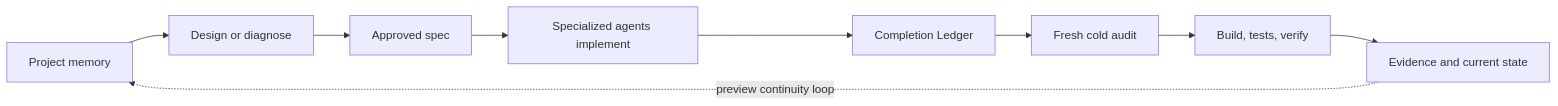
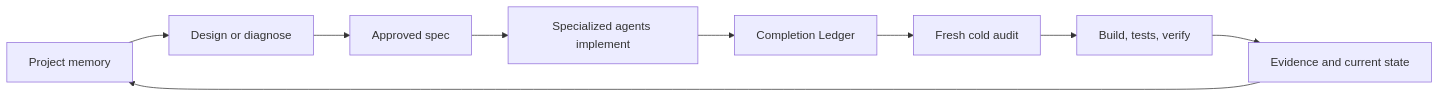
The diagram in web/docs/src/concepts/core-loop.md (hero-engine/hero), drawn with Mermaid before and after one commit. The commit also changed other lines of this file and 22 other files, not shown here.

````diff
--- a/web/docs/src/concepts/core-loop.md
+++ b/web/docs/src/concepts/core-loop.md
@@ -9,11 +9,11 @@
 ```mermaid
 flowchart LR
     M[Project memory] --> D[Design or diagnose]
     D --> S[Approved spec]
     S --> I[Specialized agents implement]
     I --> L[Completion Ledger]
     L --> A[Fresh cold audit]
     A --> V[Build, tests, verify]
     V --> E[Evidence and current state]
-    E -. preview continuity loop .-> M
+    E --> M
 ```
````
